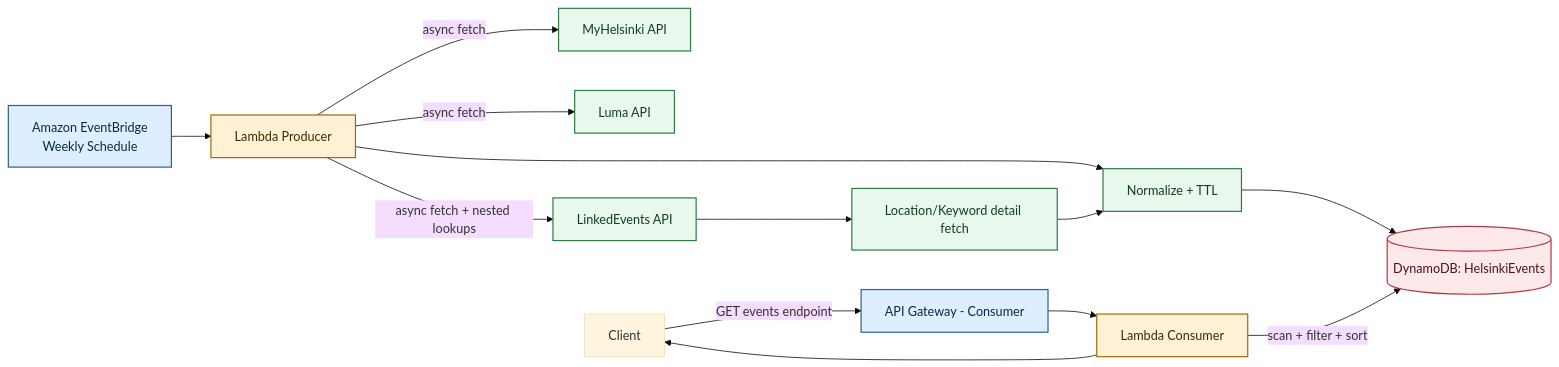
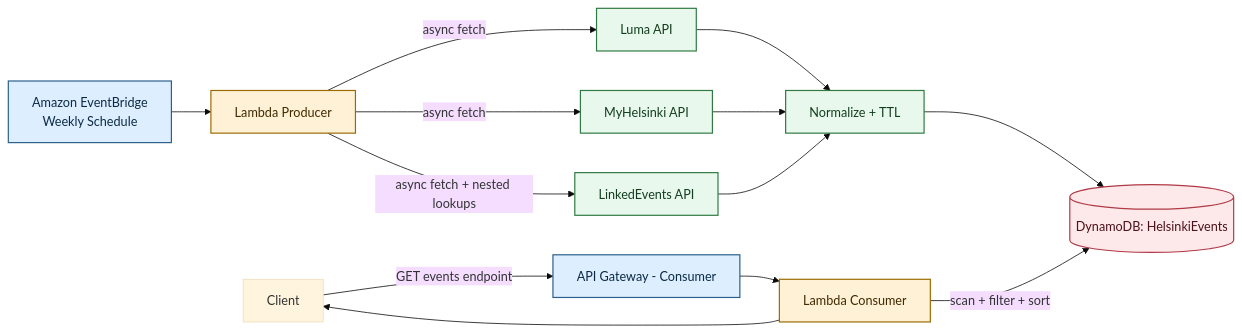
The first of 3 diagrams in README.md (A2p3kt/event-aggregator), drawn with Mermaid (base theme) before and after one commit.

Commit message:
Refactor API flow diagram in README

````diff
--- a/README.md
+++ b/README.md
@@ -38,29 +38,31 @@
 ```mermaid
 flowchart LR
   EventBridge[Amazon EventBridge\nWeekly Schedule] --> Producer[Lambda Producer]
 
     Producer -->|async fetch| MyHelsinki[MyHelsinki API]
     Producer -->|async fetch| Luma[Luma API]
     Producer -->|async fetch + nested lookups| LinkedEvents[LinkedEvents API]
 
-    LinkedEvents --> LinkedDetails[Location/Keyword detail fetch]
-    Producer --> Normalize[Normalize + TTL]
-    LinkedDetails --> Normalize
+    
+    Normalize[Normalize + TTL]
+    Luma --> Normalize
+    MyHelsinki --> Normalize
+    LinkedEvents --> Normalize
     Normalize --> DDB[(DynamoDB: HelsinkiEvents)]
 
     Client -->|GET events endpoint| ConsumerAPI[API Gateway - Consumer]
     ConsumerAPI --> Consumer[Lambda Consumer]
     Consumer -->|scan + filter + sort| DDB
     Consumer --> Client
 
     classDef api fill:#dceeff,stroke:#2b5f8a,stroke-width:1.5px,color:#0b2a42
     classDef lambda fill:#fff1d6,stroke:#9a6b00,stroke-width:1.5px,color:#3f2a00
     classDef ext fill:#e8f8ec,stroke:#2f7a42,stroke-width:1.5px,color:#123d1f
     classDef db fill:#fde8ea,stroke:#b03a48,stroke-width:1.5px,color:#4d1118
 
     class ConsumerAPI api
     class Producer,Consumer lambda
-    class MyHelsinki,Luma,LinkedEvents,LinkedDetails,Normalize ext
+    class MyHelsinki,Luma,LinkedEvents,Normalize ext
     class DDB db
     class EventBridge api
 ```
````
